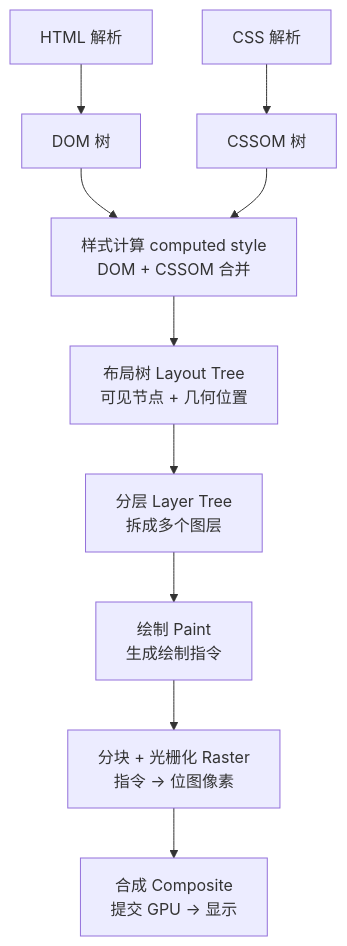
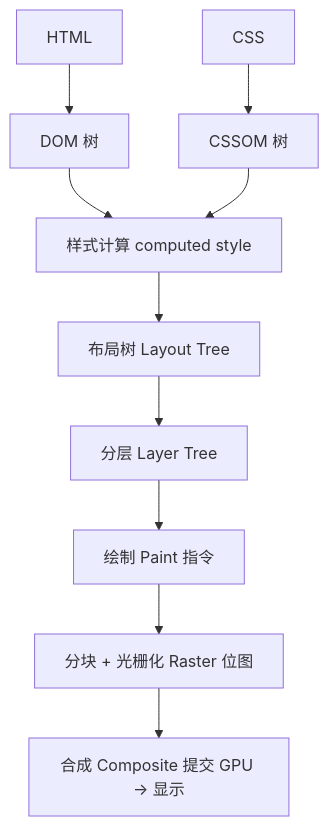
Before and after one commit to inspire-man/frontend-knowledge-base: the diagram in frontend-knowledge-base/卷二-浏览器工作原理/2.3-渲染管线详解.md, drawn with Mermaid. The commit also changed other lines of this file and 2 other files, not shown here.

````diff
--- a/frontend-knowledge-base/卷二-浏览器工作原理/2.3-渲染管线详解.md
+++ b/frontend-knowledge-base/卷二-浏览器工作原理/2.3-渲染管线详解.md
@@ -16,12 +16,12 @@
 ```mermaid
 flowchart TD
-    A[HTML 解析] --> B[DOM 树]
-    C[CSS 解析] --> D[CSSOM 树]
-    B --> E[样式计算 computed style<br/>DOM + CSSOM 合并]
+    A[HTML] --> B[DOM 树]
+    C[CSS] --> D[CSSOM 树]
+    B --> E[样式计算 computed style]
     D --> E
-    E --> F[布局树 Layout Tree<br/>可见节点 + 几何位置]
-    F --> G[分层 Layer Tree<br/>拆成多个图层]
-    G --> H[绘制 Paint<br/>生成绘制指令]
-    H --> I[分块 + 光栅化 Raster<br/>指令 → 位图像素]
-    I --> J[合成 Composite<br/>提交 GPU → 显示]
+    E --> F[布局树 Layout Tree]
+    F --> G[分层 Layer Tree]
+    G --> H[绘制 Paint 指令]
+    H --> I[分块 + 光栅化 Raster 位图]
+    I --> J[合成 Composite 提交 GPU → 显示]
 ```
````
